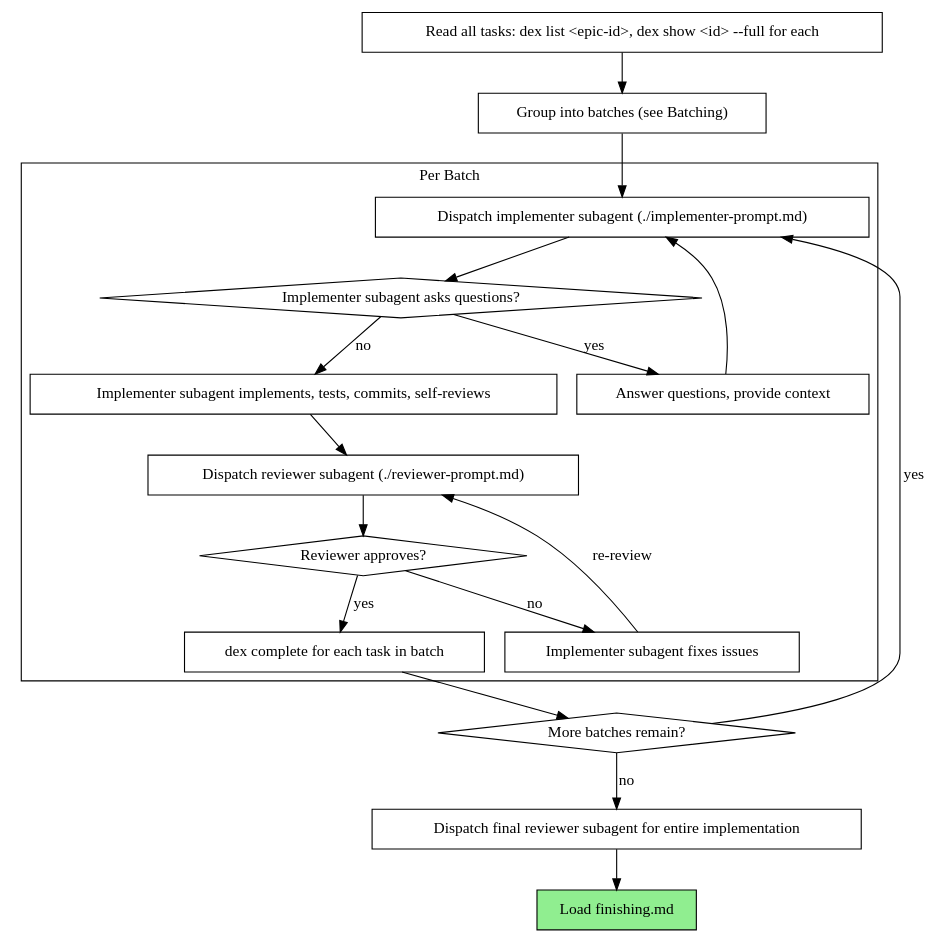
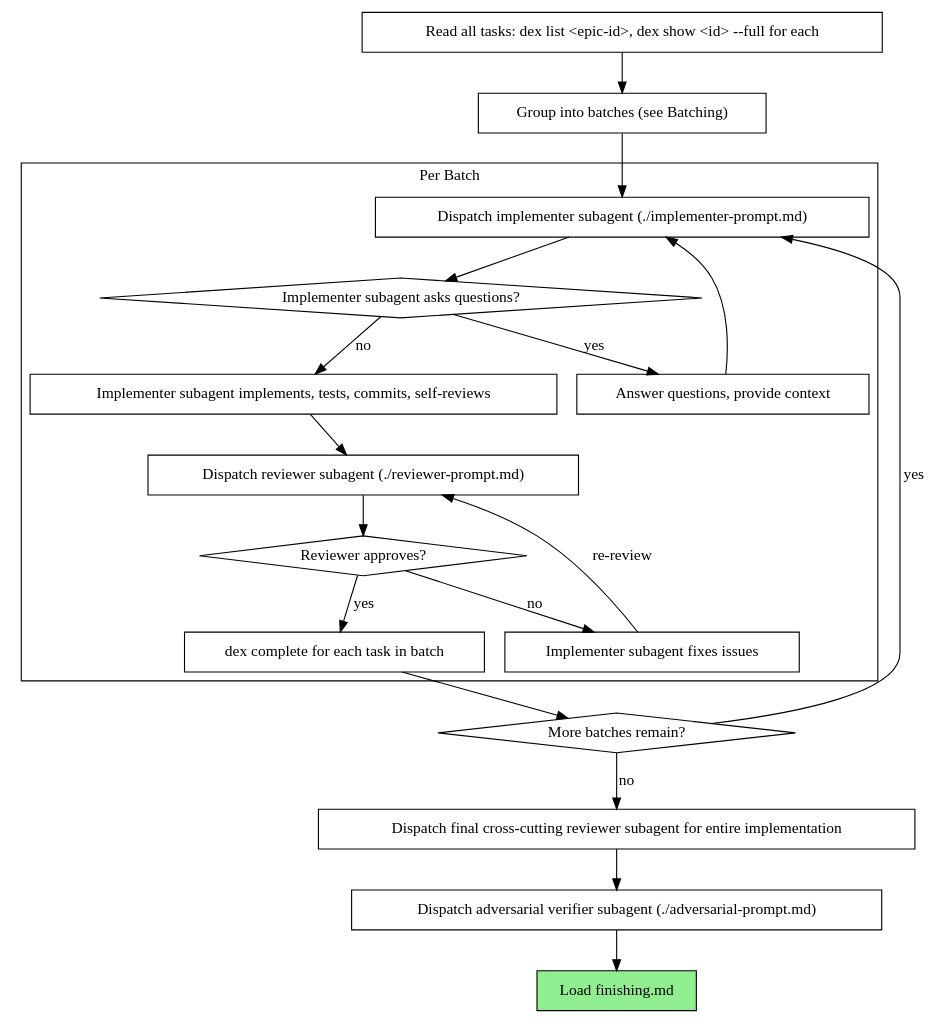
The diagram in dex-superpowers/execution.md (MarcPorciuncula/skills), drawn with Graphviz before and after one commit. The commit also changed other lines of this file and 17 other files, not shown here.

````diff
--- a/dex-superpowers/execution.md
+++ b/dex-superpowers/execution.md
@@ -13,39 +13,41 @@
 ```dot
 digraph process {
     rankdir=TB;
 
     subgraph cluster_per_batch {
         label="Per Batch";
         "Dispatch implementer subagent (./implementer-prompt.md)" [shape=box];
         "Implementer subagent asks questions?" [shape=diamond];
         "Answer questions, provide context" [shape=box];
         "Implementer subagent implements, tests, commits, self-reviews" [shape=box];
         "Dispatch reviewer subagent (./reviewer-prompt.md)" [shape=box];
         "Reviewer approves?" [shape=diamond];
         "Implementer subagent fixes issues" [shape=box];
         "dex complete for each task in batch" [shape=box];
     }
 
     "Read all tasks: dex list <epic-id>, dex show <id> --full for each" [shape=box];
     "Group into batches (see Batching)" [shape=box];
     "More batches remain?" [shape=diamond];
-    "Dispatch final reviewer subagent for entire implementation" [shape=box];
+    "Dispatch final cross-cutting reviewer subagent for entire implementation" [shape=box];
+    "Dispatch adversarial verifier subagent (./adversarial-prompt.md)" [shape=box];
     "Load finishing.md" [shape=box style=filled fillcolor=lightgreen];
 
     "Read all tasks: dex list <epic-id>, dex show <id> --full for each" -> "Group into batches (see Batching)";
     "Group into batches (see Batching)" -> "Dispatch implementer subagent (./implementer-prompt.md)";
     "Dispatch implementer subagent (./implementer-prompt.md)" -> "Implementer subagent asks questions?";
     "Implementer subagent asks questions?" -> "Answer questions, provide context" [label="yes"];
     "Answer questions, provide context" -> "Dispatch implementer subagent (./implementer-prompt.md)";
     "Implementer subagent asks questions?" -> "Implementer subagent implements, tests, commits, self-reviews" [label="no"];
     "Implementer subagent implements, tests, commits, self-reviews" -> "Dispatch reviewer subagent (./reviewer-prompt.md)";
     "Dispatch reviewer subagent (./reviewer-prompt.md)" -> "Reviewer approves?";
     "Reviewer approves?" -> "Implementer subagent fixes issues" [label="no"];
     "Implementer subagent fixes issues" -> "Dispatch reviewer subagent (./reviewer-prompt.md)" [label="re-review"];
     "Reviewer approves?" -> "dex complete for each task in batch" [label="yes"];
     "dex complete for each task in batch" -> "More batches remain?";
     "More batches remain?" -> "Dispatch implementer subagent (./implementer-prompt.md)" [label="yes"];
-    "More batches remain?" -> "Dispatch final reviewer subagent for entire implementation" [label="no"];
-    "Dispatch final reviewer subagent for entire implementation" -> "Load finishing.md";
+    "More batches remain?" -> "Dispatch final cross-cutting reviewer subagent for entire implementation" [label="no"];
+    "Dispatch final cross-cutting reviewer subagent for entire implementation" -> "Dispatch adversarial verifier subagent (./adversarial-prompt.md)";
+    "Dispatch adversarial verifier subagent (./adversarial-prompt.md)" -> "Load finishing.md";
 }
 ```
````
